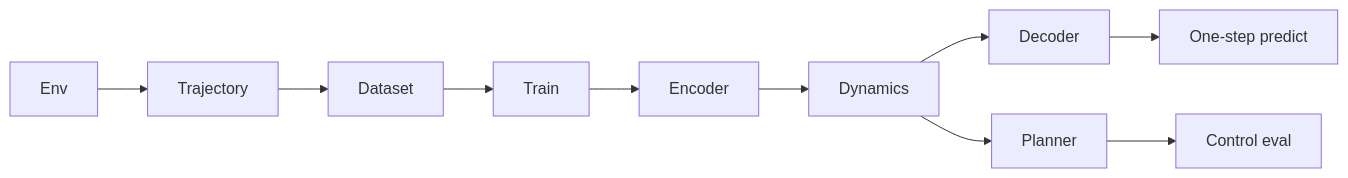
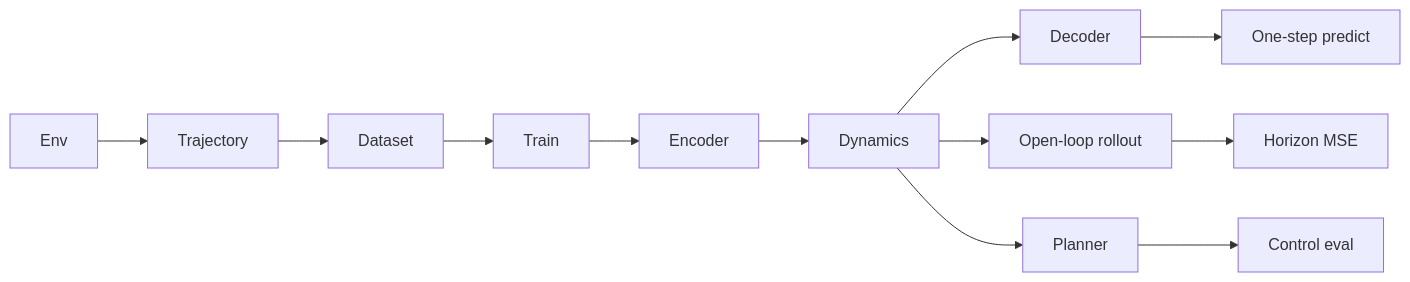
Before and after one commit to shehbaz0101/worldforge: the diagram in docs/architecture.md, drawn with Mermaid. The commit also changed other lines of this file and 11 other files, not shown here.

First line of the commit message:
feat: Day 5 multi-horizon rollout + prediction metrics

````diff
--- a/docs/architecture.md
+++ b/docs/architecture.md
@@ -12,12 +12,14 @@
 ```mermaid
 flowchart LR
   env[Env] --> traj[Trajectory]
   traj --> dataset[Dataset]
   dataset --> train[Train]
   train --> encoder[Encoder]
   encoder --> dynamics[Dynamics]
   dynamics --> decoder[Decoder]
   decoder --> predict[One-step predict]
+  dynamics --> rolloutEval[Open-loop rollout]
+  rolloutEval --> metrics[Horizon MSE]
   dynamics --> planner[Planner]
   planner --> control[Control eval]
 ```
````
